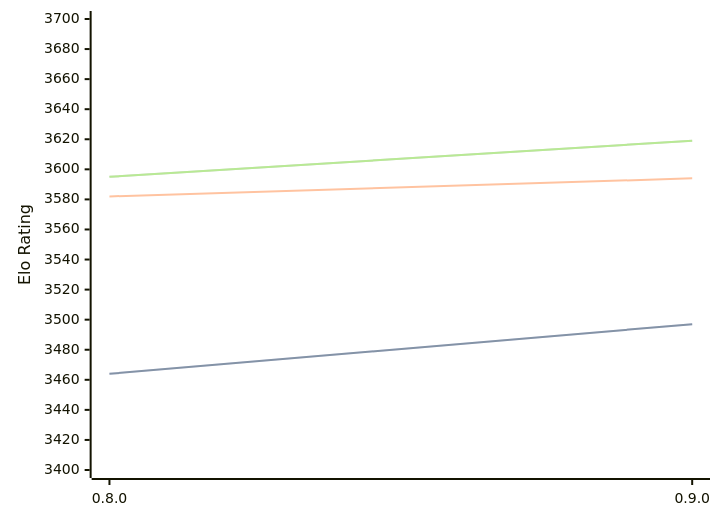
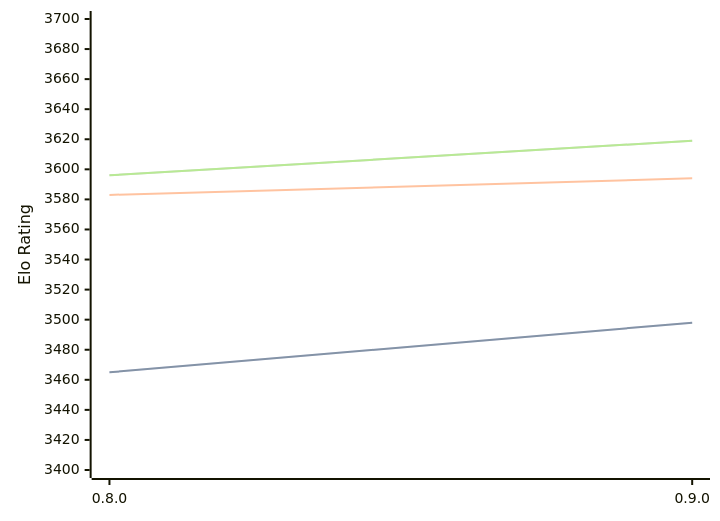
Before and after one commit to computer-chess-index/cci: the diagram in engines/Reckless.md, drawn with Mermaid. The commit also changed other lines of this file, not shown here.

Commit message:
Update CCI Ratings (ELO VLTC) - 2026-03-28

````diff
--- a/engines/Reckless.md
+++ b/engines/Reckless.md
@@ -39,11 +39,11 @@
 ```mermaid
 %%{init: {"theme":"base","themeVariables":{"seriesColors:['#a3a3a3','#222221','#faa371']}}}%%
 xychart-beta
   x-axis ["0.8.0", "0.9.0"]
   y-axis "Elo Rating" 3400 --> 3700
-  line "STC (8.0+0.08s)" [3464, 3497]
-  line "STC (8.0+0.08s)" [3464, 3497]
-  line "LTC (60.0+0.60s)" [3582, 3594]
-  line "VLTC (2m24s+1.12s)" [3595, 3619]
-  line "VLTC (2m24s+1.12s)" [3595, 3619]
+  line "STC (8.0+0.08s)" [3465, 3498]
+  line "STC (8.0+0.08s)" [3465, 3498]
+  line "LTC (60.0+0.60s)" [3583, 3594]
+  line "VLTC (2m24s+1.12s)" [3596, 3619]
+  line "VLTC (2m24s+1.12s)" [3596, 3619]
 ```
````
